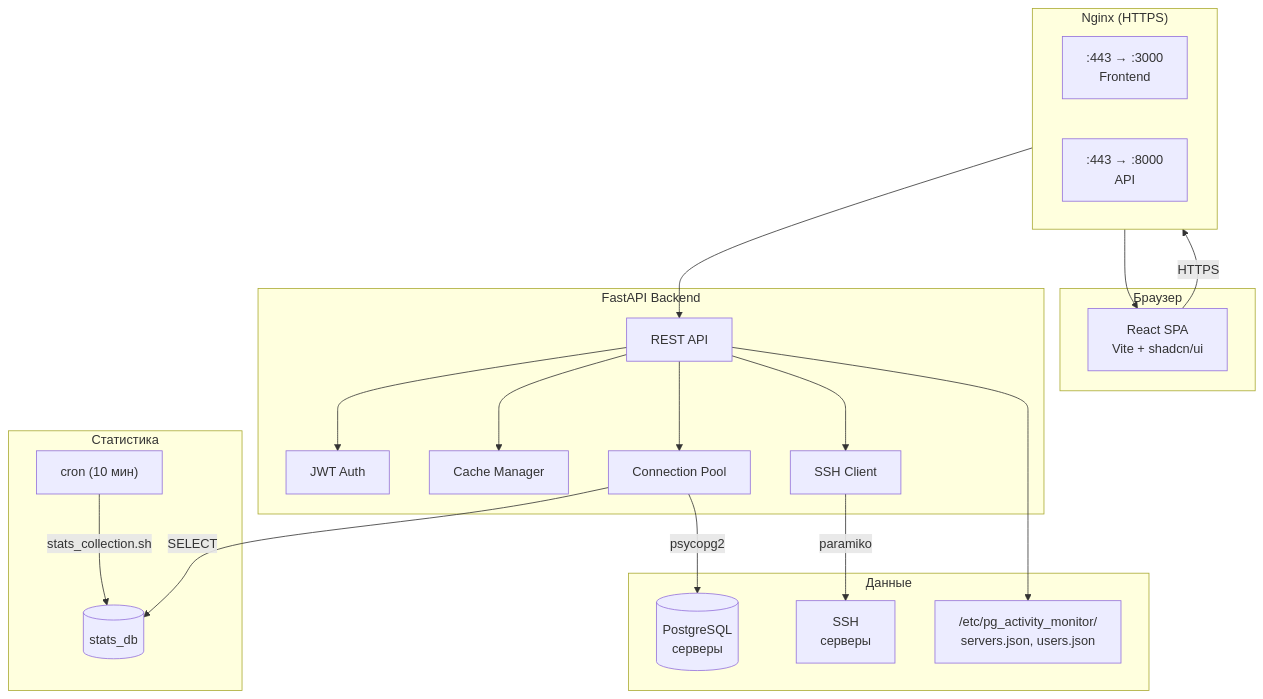
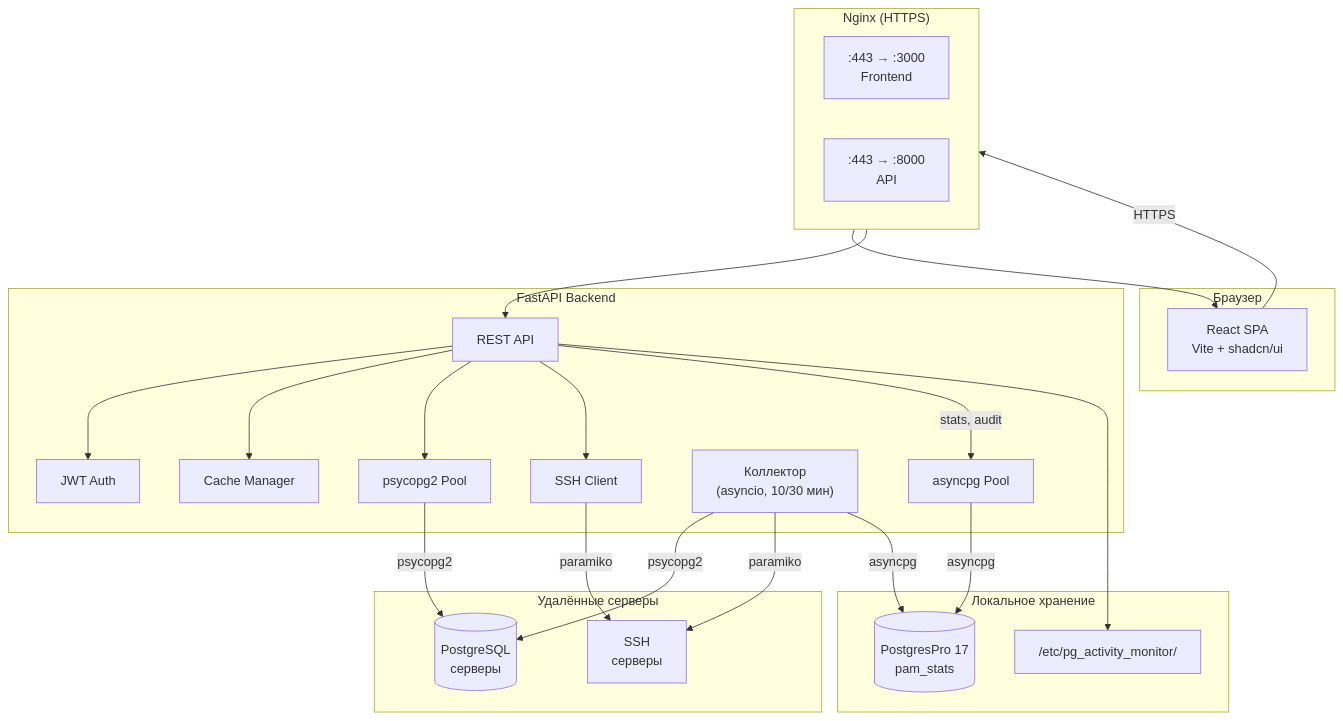
The first of 3 diagrams in README.md (wobujidao/PostgreSQL-Activity-Monitor), drawn with Mermaid before and after one commit. The commit also changed other lines of this file and 21 other files, not shown here.

````diff
--- a/README.md
+++ b/README.md
@@ -43,44 +44,48 @@
 ```mermaid
 graph TB
     subgraph Client["Браузер"]
         SPA["React SPA<br/>Vite + shadcn/ui"]
     end
 
     subgraph Proxy["Nginx (HTTPS)"]
         direction LR
         NF[":443 → :3000<br/>Frontend"]
         NB[":443 → :8000<br/>API"]
     end
 
     subgraph Backend["FastAPI Backend"]
         Auth["JWT Auth"]
         API["REST API"]
         Cache["Cache Manager"]
-        Pool["Connection Pool"]
+        Pool["psycopg2 Pool"]
         SSHClient["SSH Client"]
+        Collector["Коллектор<br/>(asyncio, 10/30 мин)"]
+        LocalPool["asyncpg Pool"]
     end
 
-    subgraph Data["Данные"]
+    subgraph Data["Удалённые серверы"]
         PG[("PostgreSQL<br/>серверы")]
         SSH["SSH<br/>серверы"]
-        Config["/etc/pg_activity_monitor/<br/>servers.json, users.json"]
     end
 
-    subgraph Stats["Статистика"]
-        Cron["cron (10 мин)"]
-        StatsDB[("stats_db")]
+    subgraph Local["Локальное хранение"]
+        LocalPG[("PostgresPro 17<br/>pam_stats")]
+        Config["/etc/pg_activity_monitor/"]
     end
 
     SPA -->|HTTPS| Proxy
     NF --> SPA
     NB --> API
     API --> Auth
     API --> Cache
     API --> Pool
     API --> SSHClient
+    API -->|stats, audit| LocalPool
     Pool -->|psycopg2| PG
     SSHClient -->|paramiko| SSH
+    Collector -->|psycopg2| PG
+    Collector -->|paramiko| SSH
+    Collector -->|asyncpg| LocalPG
+    LocalPool -->|asyncpg| LocalPG
     API --> Config
-    Cron -->|stats_collection.sh| StatsDB
-    Pool -->|SELECT| StatsDB
 ```
````
